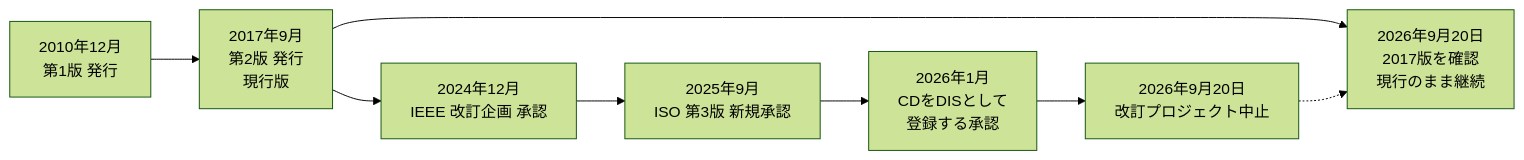
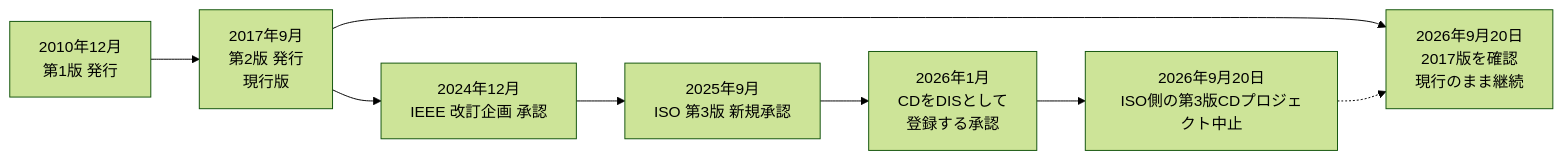
One commit to myoshi2891/Quality-Assurance-Studies changed the ninth of 13 diagrams in Iso-iec-ieee-24765-2017-guide.md. Above: the diagram before and after it, drawn with Mermaid (forest theme). The commit also changed other lines of this file, not shown here.

````diff
--- a/Iso-iec-ieee-24765-2017-guide.md
+++ b/Iso-iec-ieee-24765-2017-guide.md
@@ -307,10 +307,10 @@
 ```mermaid
 flowchart LR
     V1["2010年12月<br/>第1版 発行"] --> V2["2017年9月<br/>第2版 発行<br/>現行版"]
     V2 --> P1["2024年12月<br/>IEEE 改訂企画 承認"]
     P1 --> P2["2025年9月<br/>ISO 第3版 新規承認"]
     P2 --> P3["2026年1月<br/>CDをDISとして<br/>登録する承認"]
-    P3 --> P4["2026年9月20日<br/>改訂プロジェクト中止"]
+    P3 --> P4["2026年9月20日<br/>ISO側の第3版CDプロジェクト中止"]
     V2 --> P5["2026年9月20日<br/>2017版を確認<br/>現行のまま継続"]
     P4 -.-> P5
 ```
````
